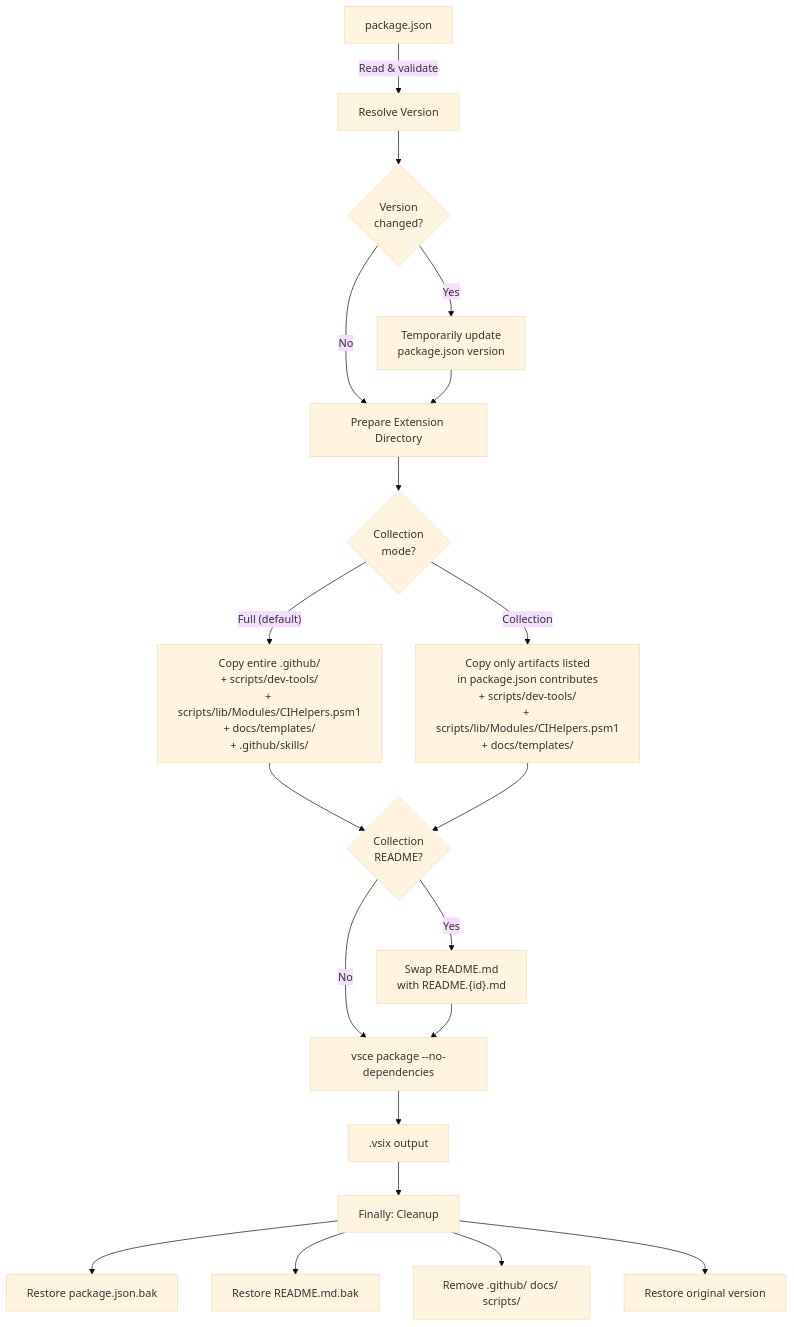
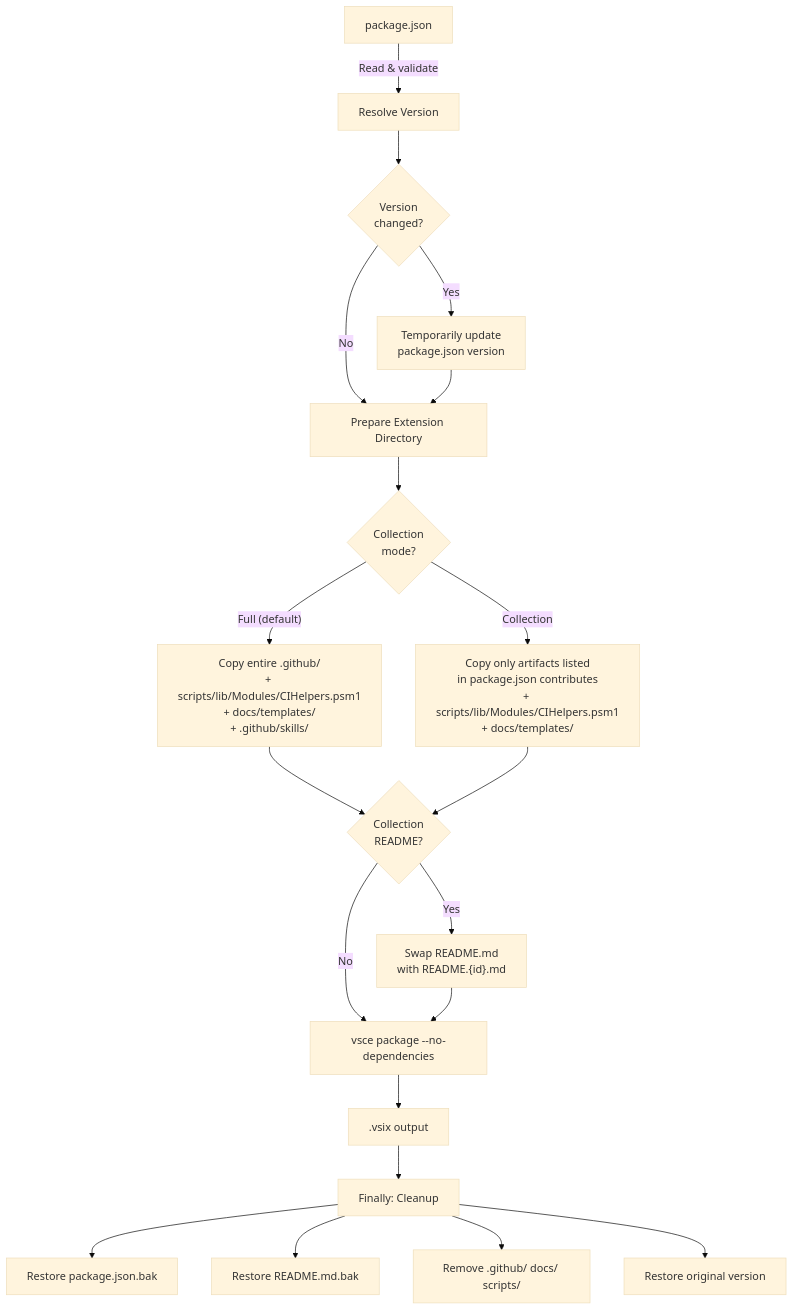
The third of 4 diagrams in extension/PACKAGING.md (microsoft/hve-core), drawn with Mermaid (base theme) before and after one commit. The commit also changed other lines of this file and 49 other files, not shown here.

````diff
--- a/extension/PACKAGING.md
+++ b/extension/PACKAGING.md
@@ -182,26 +181,26 @@
 ```mermaid
 flowchart TB
     PKG["package.json"] -->|"Read & validate"| VER[Resolve Version]
     VER --> TMPVER{"Version<br/>changed?"}
     TMPVER -->|Yes| WRITE["Temporarily update<br/>package.json version"]
     TMPVER -->|No| PREP
     WRITE --> PREP[Prepare Extension Directory]
 
     PREP --> MODE{"Collection<br/>mode?"}
-    MODE -->|"Full (default)"| FULL["Copy entire .github/<br/>+ scripts/dev-tools/<br/>+ scripts/lib/Modules/CIHelpers.psm1<br/>+ docs/templates/<br/>+ .github/skills/"]
-    MODE -->|Collection| COLL["Copy only artifacts listed<br/>in package.json contributes<br/>+ scripts/dev-tools/<br/>+ scripts/lib/Modules/CIHelpers.psm1<br/>+ docs/templates/"]
+    MODE -->|"Full (default)"| FULL["Copy entire .github/<br/>+ scripts/lib/Modules/CIHelpers.psm1<br/>+ docs/templates/<br/>+ .github/skills/"]
+    MODE -->|Collection| COLL["Copy only artifacts listed<br/>in package.json contributes<br/>+ scripts/lib/Modules/CIHelpers.psm1<br/>+ docs/templates/"]
 
     FULL --> RDM{"Collection<br/>README?"}
     COLL --> RDM
     RDM -->|Yes| SWAP["Swap README.md<br/>with README.{id}.md"]
     RDM -->|No| VSCE
     SWAP --> VSCE
 
     VSCE["vsce package --no-dependencies"] --> VSIX[".vsix output"]
 
     VSIX --> CLEAN["Finally: Cleanup"]
     CLEAN --> R1["Restore package.json.bak"]
     CLEAN --> R2["Restore README.md.bak"]
     CLEAN --> R3["Remove .github/ docs/ scripts/"]
     CLEAN --> R4["Restore original version"]
 ```
````
